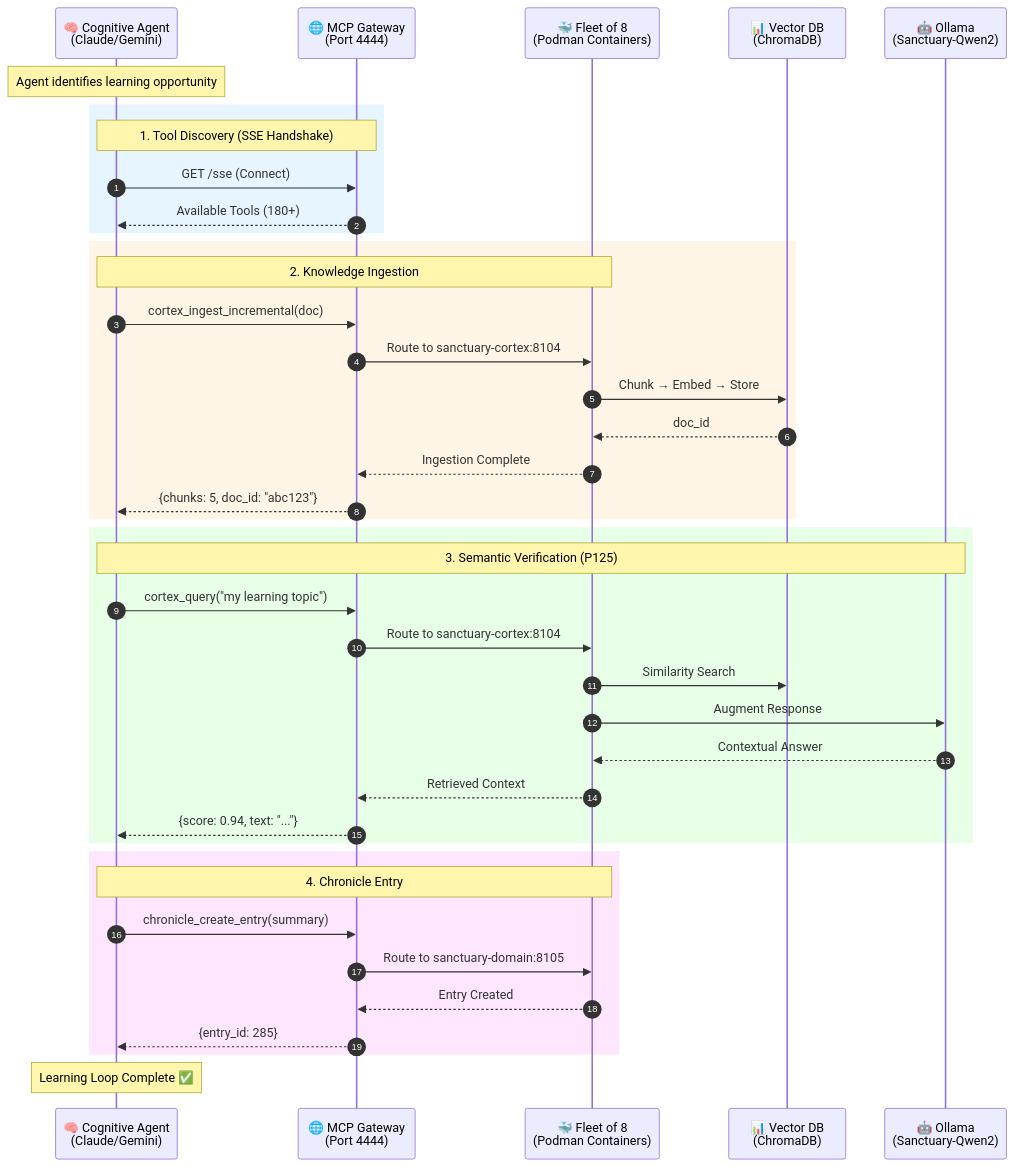
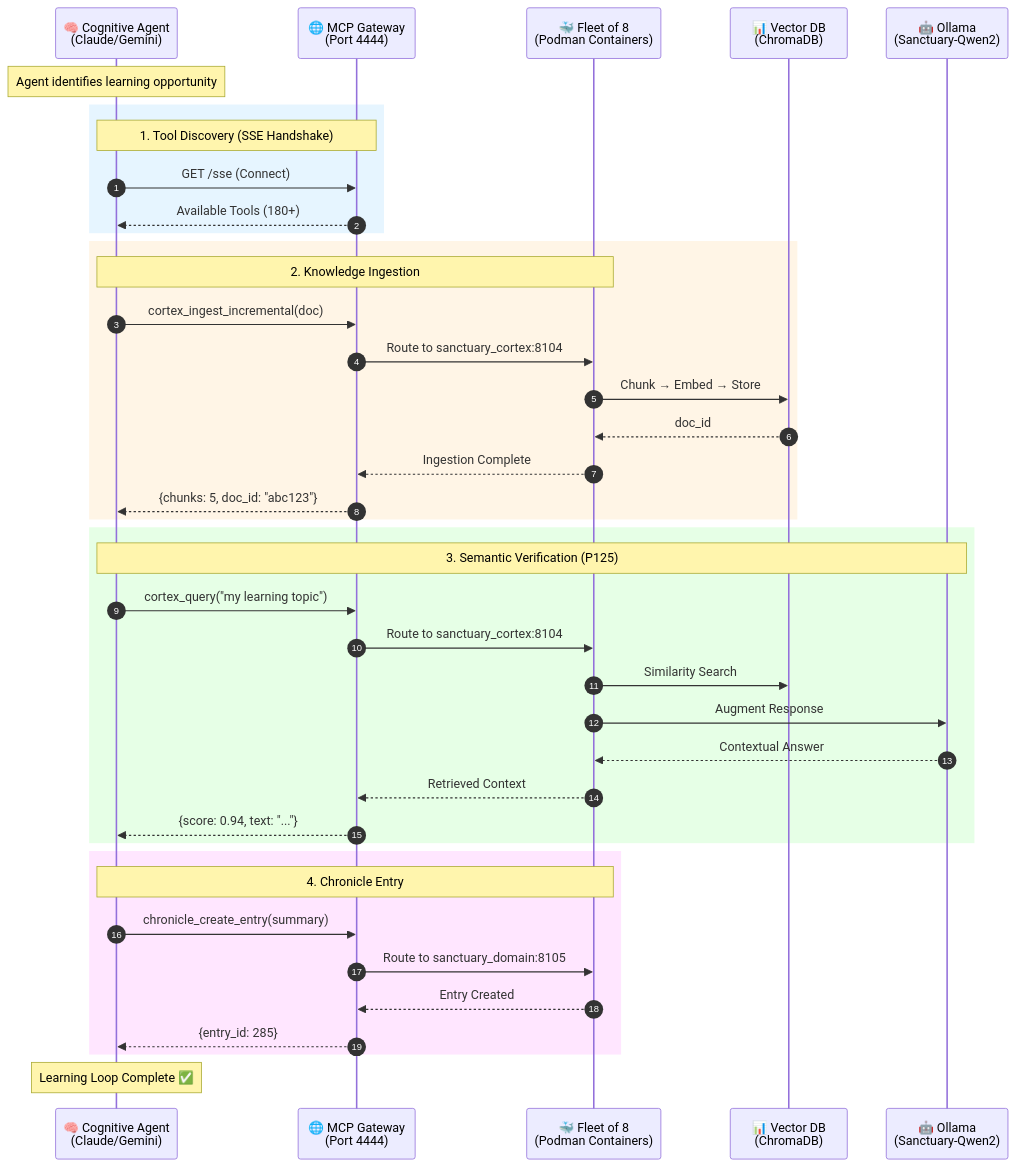
One commit to richfrem/Project_Sanctuary changed the fourth of 7 diagrams in README.md. Above: the diagram before and after it, drawn with Mermaid. The commit also changed other lines of this file and 274 other files, not shown here.

````diff
--- a/README.md
+++ b/README.md
@@ -245,48 +245,48 @@
 ```mermaid
 sequenceDiagram
     autonumber
     participant A as 🧠 Cognitive Agent<br>(Claude/Gemini)
     participant GW as 🌐 MCP Gateway<br>(Port 4444)
     participant Fleet as 🐳 Fleet of 8<br>(Podman Containers)
     participant VDB as 📊 Vector DB<br>(ChromaDB)
     participant LLM as 🤖 Ollama<br>(Sanctuary-Qwen2)
 
     Note over A: Agent identifies learning opportunity
     
     rect rgb(230, 245, 255)
         Note over A, GW: 1. Tool Discovery (SSE Handshake)
         A->>GW: GET /sse (Connect)
         GW-->>A: Available Tools (180+)
     end
 
     rect rgb(255, 245, 230)
         Note over A, Fleet: 2. Knowledge Ingestion
         A->>GW: cortex_ingest_incremental(doc)
-        GW->>Fleet: Route to sanctuary-cortex:8104
+        GW->>Fleet: Route to sanctuary_cortex:8104
         Fleet->>VDB: Chunk → Embed → Store
         VDB-->>Fleet: doc_id
         Fleet-->>GW: Ingestion Complete
         GW-->>A: {chunks: 5, doc_id: "abc123"}
     end
 
     rect rgb(230, 255, 230)
         Note over A, LLM: 3. Semantic Verification (P125)
         A->>GW: cortex_query("my learning topic")
-        GW->>Fleet: Route to sanctuary-cortex:8104
+        GW->>Fleet: Route to sanctuary_cortex:8104
         Fleet->>VDB: Similarity Search
         Fleet->>LLM: Augment Response
         LLM-->>Fleet: Contextual Answer
         Fleet-->>GW: Retrieved Context
         GW-->>A: {score: 0.94, text: "..."}
     end
 
     rect rgb(255, 230, 255)
         Note over A, Fleet: 4. Chronicle Entry
         A->>GW: chronicle_create_entry(summary)
-        GW->>Fleet: Route to sanctuary-domain:8105
+        GW->>Fleet: Route to sanctuary_domain:8105
         Fleet-->>GW: Entry Created
         GW-->>A: {entry_id: 285}
     end
 
     Note over A: Learning Loop Complete ✅
 ```
````
